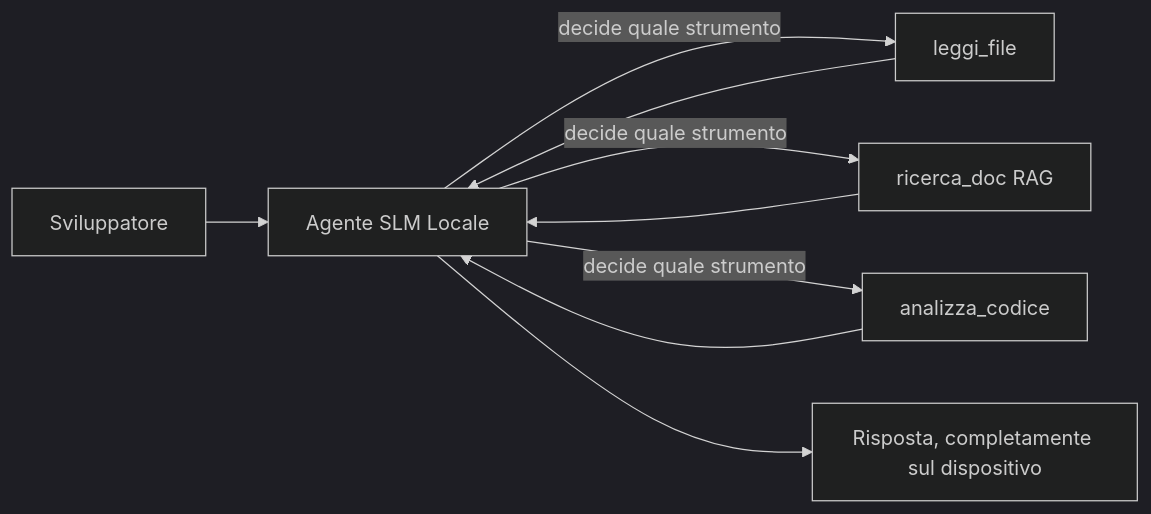
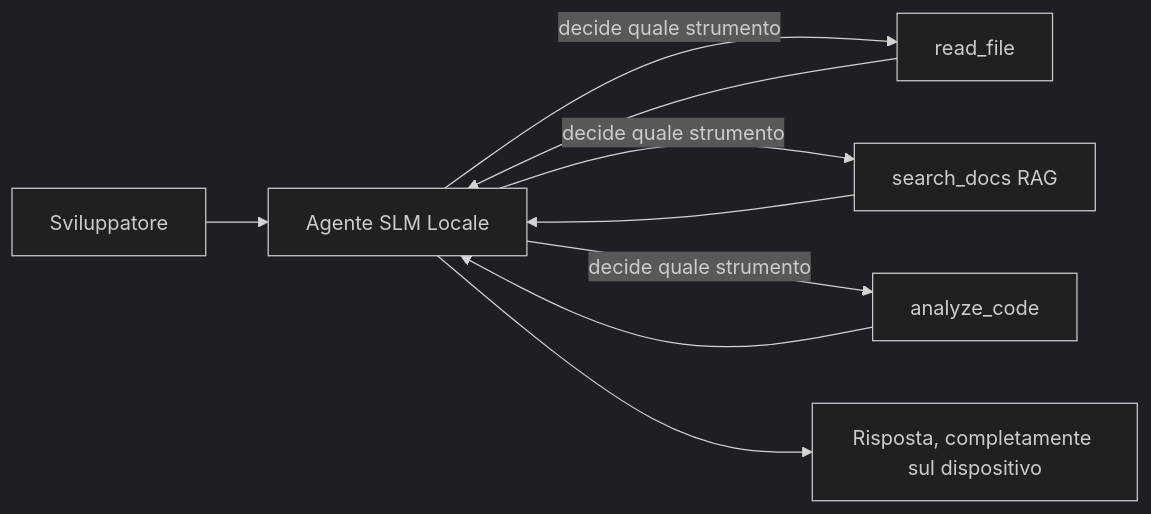
Before and after one commit to microsoft/ai-agents-for-beginners: the first of 4 diagrams in translations/it/17-creating-local-ai-agents/README.md, drawn with Mermaid (dark theme). The commit also changed other lines of this file and 47 other files, not shown here.

````diff
--- a/translations/it/17-creating-local-ai-agents/README.md
+++ b/translations/it/17-creating-local-ai-agents/README.md
@@ -66,11 +66,11 @@
 ```mermaid
 flowchart LR
     U[Sviluppatore] --> A[Agente SLM Locale]
-    A -->|decide quale strumento| T1[leggi_file]
-    A -->|decide quale strumento| T2[ricerca_doc RAG]
-    A -->|decide quale strumento| T3[analizza_codice]
+    A -->|decide quale strumento| T1[read_file]
+    A -->|decide quale strumento| T2[search_docs RAG]
+    A -->|decide quale strumento| T3[analyze_code]
     T1 --> A
     T2 --> A
     T3 --> A
     A --> R[Risposta, completamente sul dispositivo]
 ```
````
